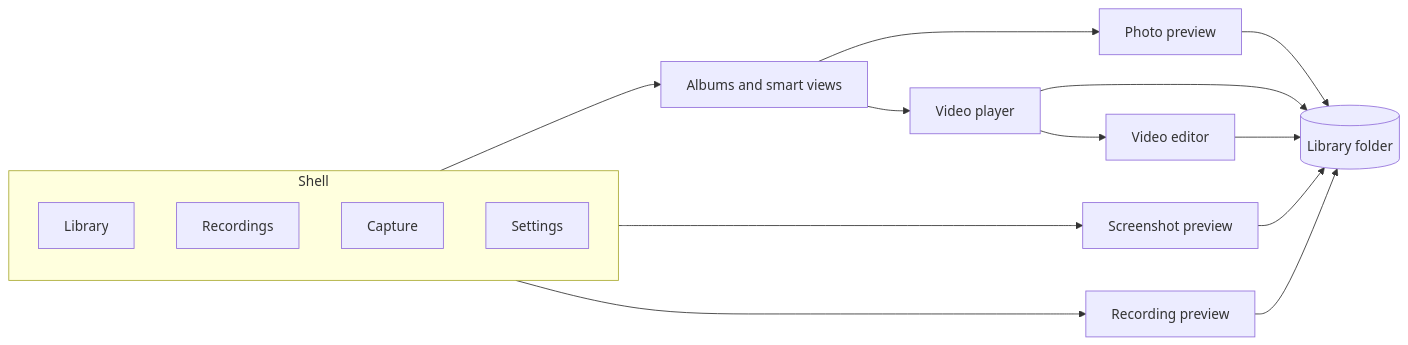
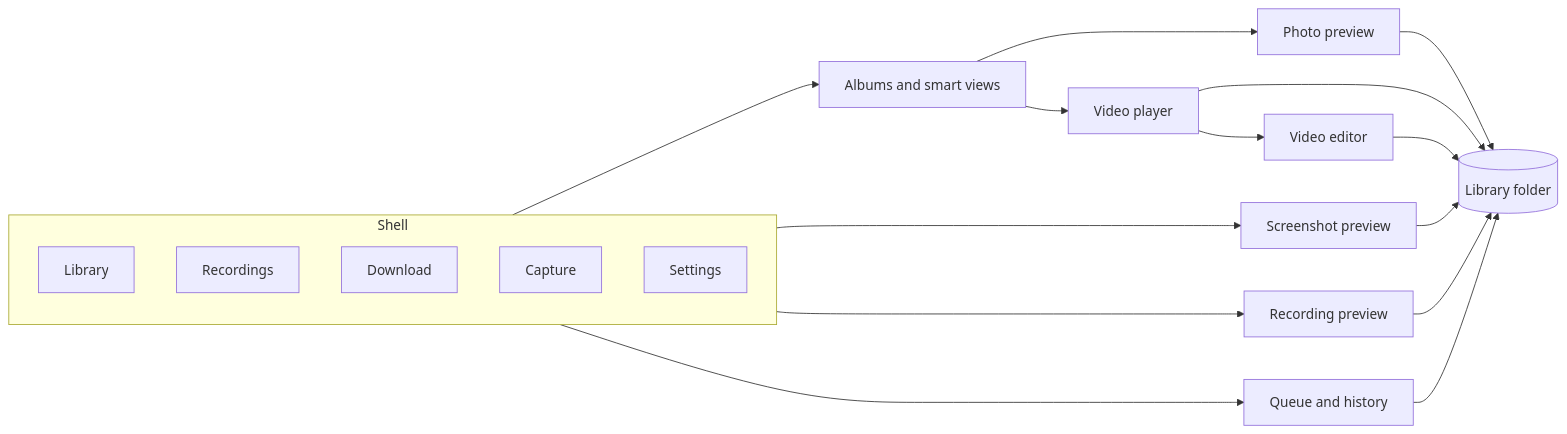
One commit to YavuzDuman/PersonalMediaPlayer changed the diagram in README.md. Above: the diagram before and after it, drawn with Mermaid. The commit also changed other lines of this file and 24 other files, not shown here.

First line of the commit message:
Add video crop, faster saves, and a YouTube download queue.

````diff
--- a/README.md
+++ b/README.md
@@ -32,22 +32,25 @@
 ```mermaid
 flowchart LR
   subgraph shell [Shell]
     direction TB
     Library
     Recordings
+    Download
     Capture
     Settings
   end
 
   Library --> Views[Albums and smart views]
   Views --> Photo[Photo preview]
   Views --> Player[Video player]
   Player --> Editor[Video editor]
   Capture --> Shot[Screenshot preview]
   Recordings --> Take[Recording preview]
+  Download --> Queue[Queue and history]
   Photo --> Folder[(Library folder)]
   Player --> Folder
   Editor --> Folder
   Shot --> Folder
   Take --> Folder
+  Queue --> Folder
 ```
````
